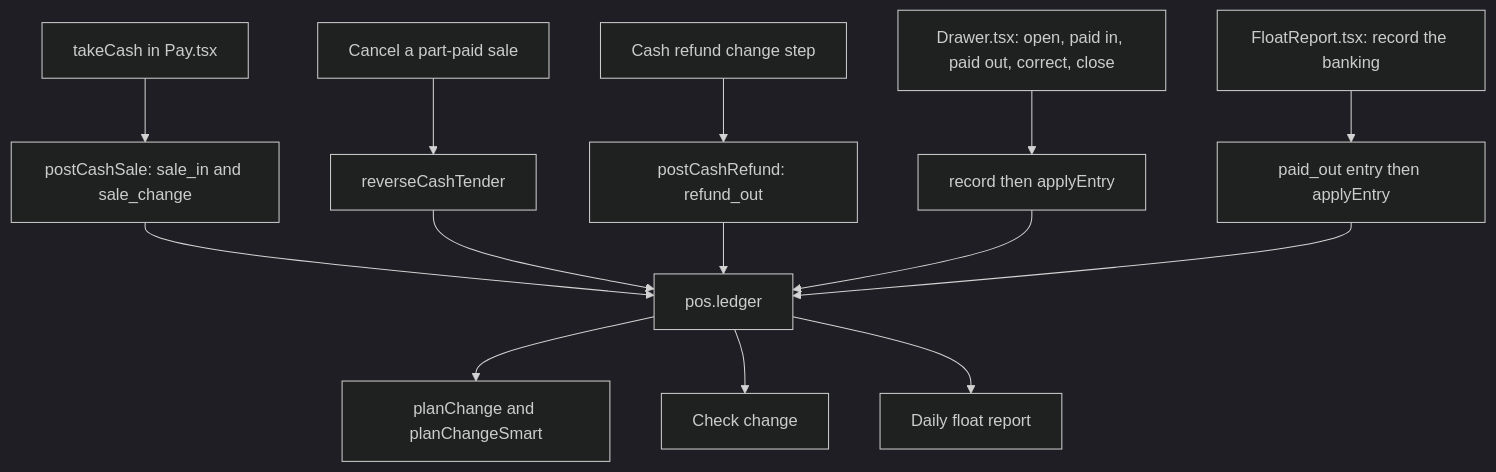
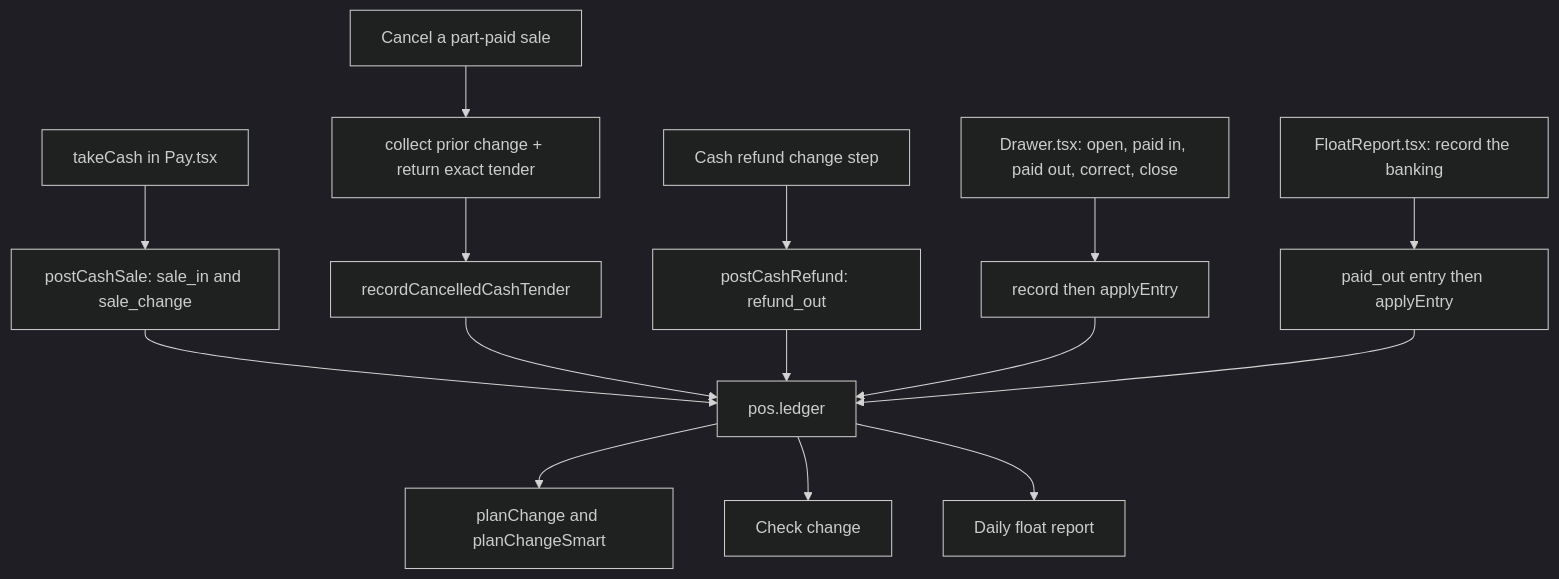
Before and after one commit to Kousei-Uchu/aidens3dp-pos: the diagram in help/cash/index.md, drawn with Mermaid (dark theme). The commit also changed other lines of this file and 60 other files, not shown here.

````diff
--- a/help/cash/index.md
+++ b/help/cash/index.md
@@ -77,16 +77,17 @@
 ```mermaid
 flowchart TD
   A[takeCash in Pay.tsx] --> B[postCashSale: sale_in and sale_change]
-  C[Cancel a part-paid sale] --> D[reverseCashTender]
-  E[Cash refund change step] --> F[postCashRefund: refund_out]
-  G[Drawer.tsx: open, paid in, paid out, correct, close] --> H[record then applyEntry]
-  I[FloatReport.tsx: record the banking] --> J[paid_out entry then applyEntry]
+  C[Cancel a part-paid sale] --> D[collect prior change + return exact tender]
+  D --> E[recordCancelledCashTender]
+  F[Cash refund change step] --> G[postCashRefund: refund_out]
+  H[Drawer.tsx: open, paid in, paid out, correct, close] --> I[record then applyEntry]
+  J[FloatReport.tsx: record the banking] --> K[paid_out entry then applyEntry]
   B --> L[pos.ledger]
-  D --> L
-  F --> L
-  H --> L
-  J --> L
+  E --> L
+  G --> L
+  I --> L
+  K --> L
   L --> M[planChange and planChangeSmart]
   L --> N[Check change]
   L --> O[Daily float report]
 ```
````
